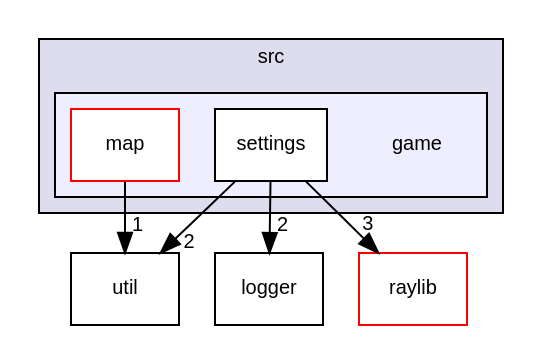
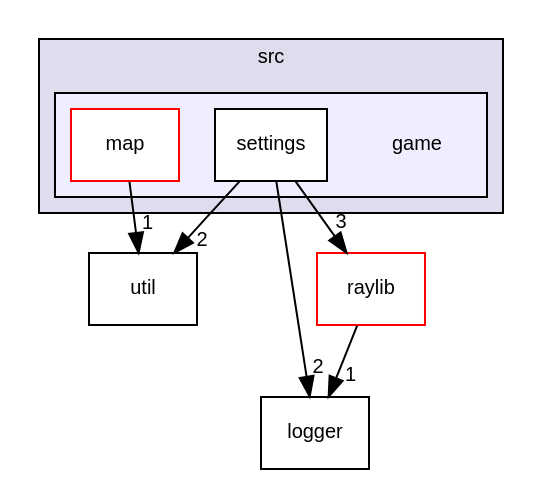
Before and after one commit to MisterPeModder/Bomberman-Global-Offensive: the diagram in dir_1699be727a800b1d059c6f7f2b91d2ee_dep.dot, drawn with Graphviz. The commit also changed 220 other files, not shown here.

```diff
--- a/dir_1699be727a800b1d059c6f7f2b91d2ee_dep.dot
+++ b/dir_1699be727a800b1d059c6f7f2b91d2ee_dep.dot
@@ -1,21 +1,22 @@
 digraph "src/game" {
   compound=true
   node [ fontsize="10", fontname="Helvetica"];
   edge [ labelfontsize="10", labelfontname="Helvetica"];
   subgraph clusterdir_68267d1309a1af8e8297ef4c3efbcdba {
     graph [ bgcolor="#ddddee", pencolor="black", label="src" fontname="Helvetica", fontsize="10", URL="dir_68267d1309a1af8e8297ef4c3efbcdba.html"]
   subgraph clusterdir_1699be727a800b1d059c6f7f2b91d2ee {
     graph [ bgcolor="#eeeeff", pencolor="black", label="" URL="dir_1699be727a800b1d059c6f7f2b91d2ee.html"];
     dir_1699be727a800b1d059c6f7f2b91d2ee [shape=plaintext label="game"];
     dir_982fd39ee1731a8b580daaa875541184 [shape=box label="map" color="red" fillcolor="white" style="filled" URL="dir_982fd39ee1731a8b580daaa875541184.html"];
     dir_28315cacd5bae586058b19a00a8b1185 [shape=box label="settings" color="black" fillcolor="white" style="filled" URL="dir_28315cacd5bae586058b19a00a8b1185.html"];
   }
   }
   dir_b7878ad5ecbf2506f4125b9d34c97e45 [shape=box label="util" URL="dir_b7878ad5ecbf2506f4125b9d34c97e45.html"];
   dir_ffde1fbcaa8d6b0d34e29c3bddf7a801 [shape=box label="logger" URL="dir_ffde1fbcaa8d6b0d34e29c3bddf7a801.html"];
   dir_d4cc5f0b3cfddd1b0952a9e00053f649 [shape=box label="raylib" fillcolor="white" style="filled" color="red" URL="dir_d4cc5f0b3cfddd1b0952a9e00053f649.html"];
   dir_982fd39ee1731a8b580daaa875541184->dir_b7878ad5ecbf2506f4125b9d34c97e45 [headlabel="1", labeldistance=1.5 headhref="dir_000008_000018.html"];
+  dir_d4cc5f0b3cfddd1b0952a9e00053f649->dir_ffde1fbcaa8d6b0d34e29c3bddf7a801 [headlabel="1", labeldistance=1.5 headhref="dir_000013_000012.html"];
   dir_28315cacd5bae586058b19a00a8b1185->dir_b7878ad5ecbf2506f4125b9d34c97e45 [headlabel="2", labeldistance=1.5 headhref="dir_000010_000018.html"];
   dir_28315cacd5bae586058b19a00a8b1185->dir_ffde1fbcaa8d6b0d34e29c3bddf7a801 [headlabel="2", labeldistance=1.5 headhref="dir_000010_000012.html"];
   dir_28315cacd5bae586058b19a00a8b1185->dir_d4cc5f0b3cfddd1b0952a9e00053f649 [headlabel="3", labeldistance=1.5 headhref="dir_000010_000013.html"];
 }
```
